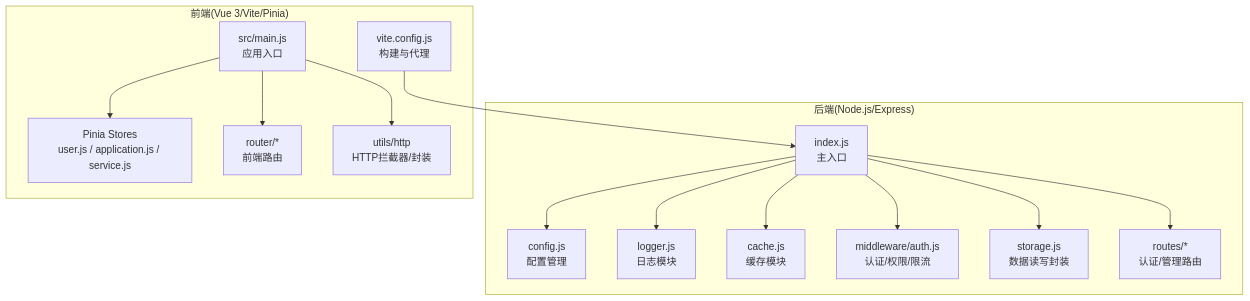
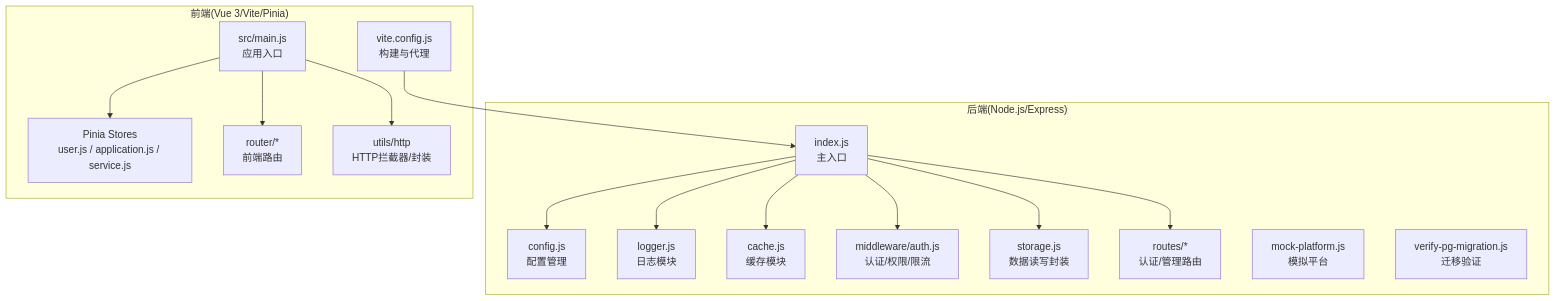
Before and after one commit to Giraffe-Han/microAPP: the first of 11 diagrams in .qoder/repowiki/zh/content/开发指南.md, drawn with Mermaid. The commit also changed other lines of this file and 42 other files, not shown here.

````diff
--- a/.qoder/repowiki/zh/content/开发指南.md
+++ b/.qoder/repowiki/zh/content/开发指南.md
@@ -40,29 +48,31 @@
 ```mermaid
 graph TB
 subgraph "后端(Node.js/Express)"
 IDX["index.js<br/>主入口"]
 CFG["config.js<br/>配置管理"]
 LOG["logger.js<br/>日志模块"]
 CCH["cache.js<br/>缓存模块"]
 MID_AUTH["middleware/auth.js<br/>认证/权限/限流"]
 STORE["storage.js<br/>数据读写封装"]
 ROUTES["routes/*<br/>认证/管理路由"]
+MOCK["mock-platform.js<br/>模拟平台"]
+VERIFY["verify-pg-migration.js<br/>迁移验证"]
 end
 subgraph "前端(Vue 3/Vite/Pinia)"
 MAIN["src/main.js<br/>应用入口"]
 PINIA["Pinia Stores<br/>user.js / application.js / service.js"]
 ROUTER["router/*<br/>前端路由"]
 HTTP["utils/http<br/>HTTP拦截器/封装"]
 VITE["vite.config.js<br/>构建与代理"]
 end
 IDX --> CFG
 IDX --> LOG
 IDX --> CCH
 IDX --> MID_AUTH
 IDX --> STORE
 IDX --> ROUTES
 MAIN --> PINIA
 MAIN --> ROUTER
 MAIN --> HTTP
 VITE --> IDX
 ```
````
